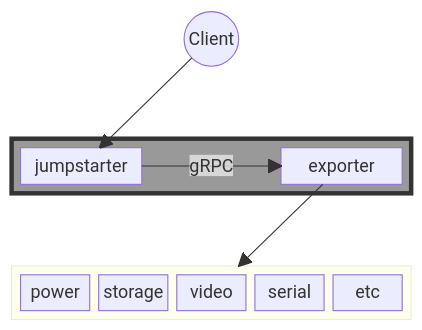
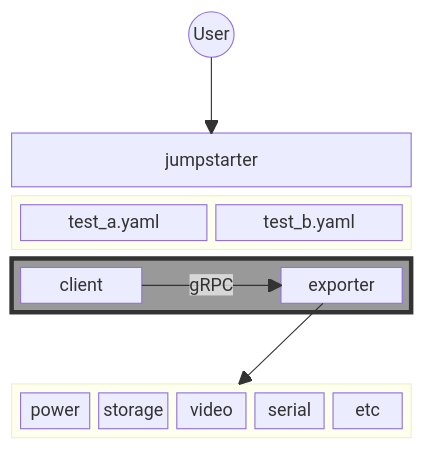
Before and after one commit to jumpstarter-dev/jumpstarter: the first of 3 diagrams in python/docs/architecture.md, drawn with Mermaid. The commit also changed other lines of this file and 2 other files, not shown here.

````diff
--- a/python/docs/architecture.md
+++ b/python/docs/architecture.md
@@ -44,26 +104,31 @@
 ```mermaid
 block-beta
 columns 1
-  client(("Client"))
+  user(("User"))
   space
+  jumpstarter
+  block:tests
+    testA["test_a.yaml"]
+    testB["test_b.yaml"]
+  end
   block:test
-    jumpstarter
+    client
     space
     exporter
   end
   space
 
   block:hardware
     power
     storage
     video
     serial
     etc
   end
 
-  client --> jumpstarter
-  jumpstarter -- "gRPC" --> exporter
+  user --> jumpstarter
+  client -- "gRPC" --> exporter
   exporter --> hardware
 
 style test fill:#999,stroke:#333,stroke-width:4px
 ```
````
